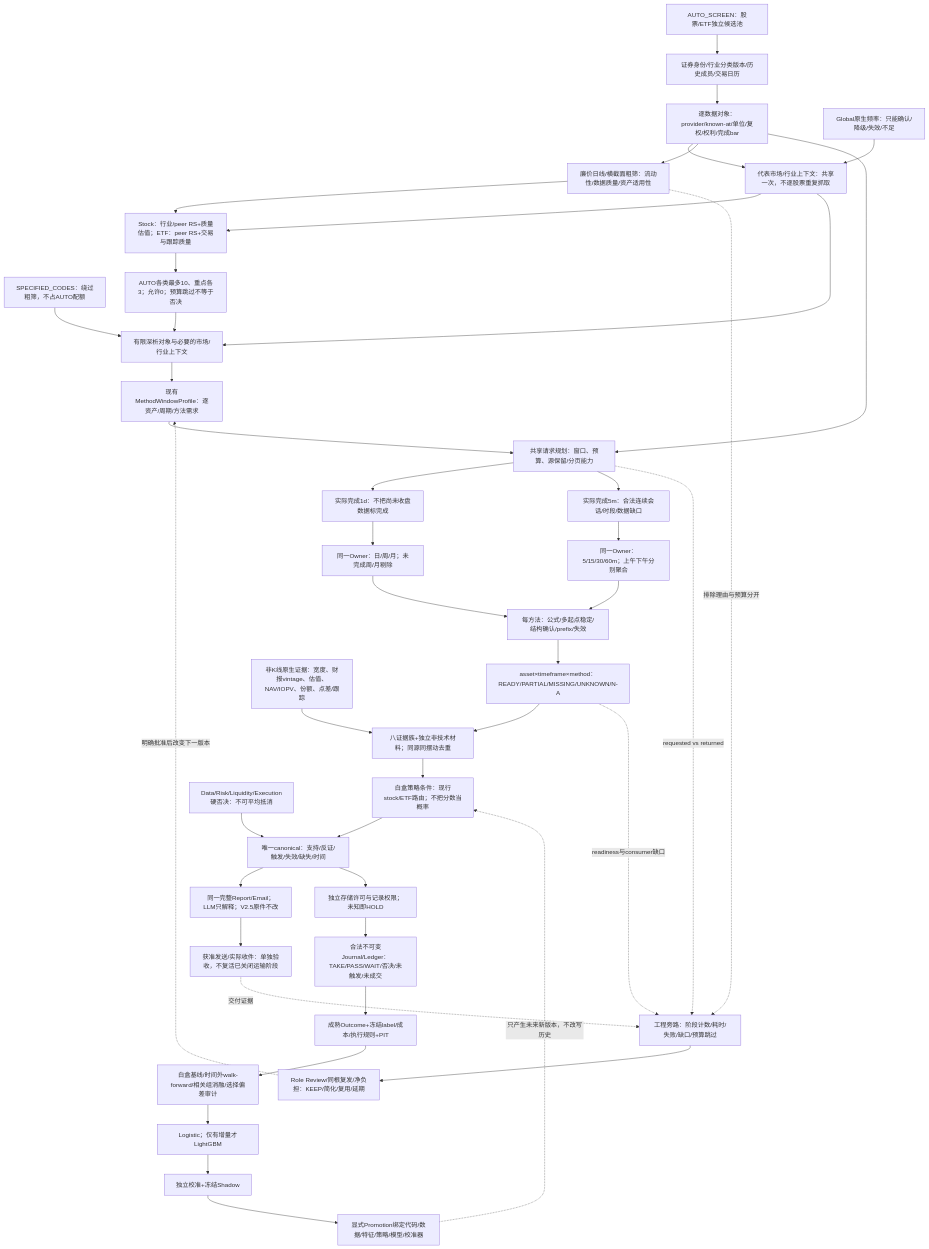
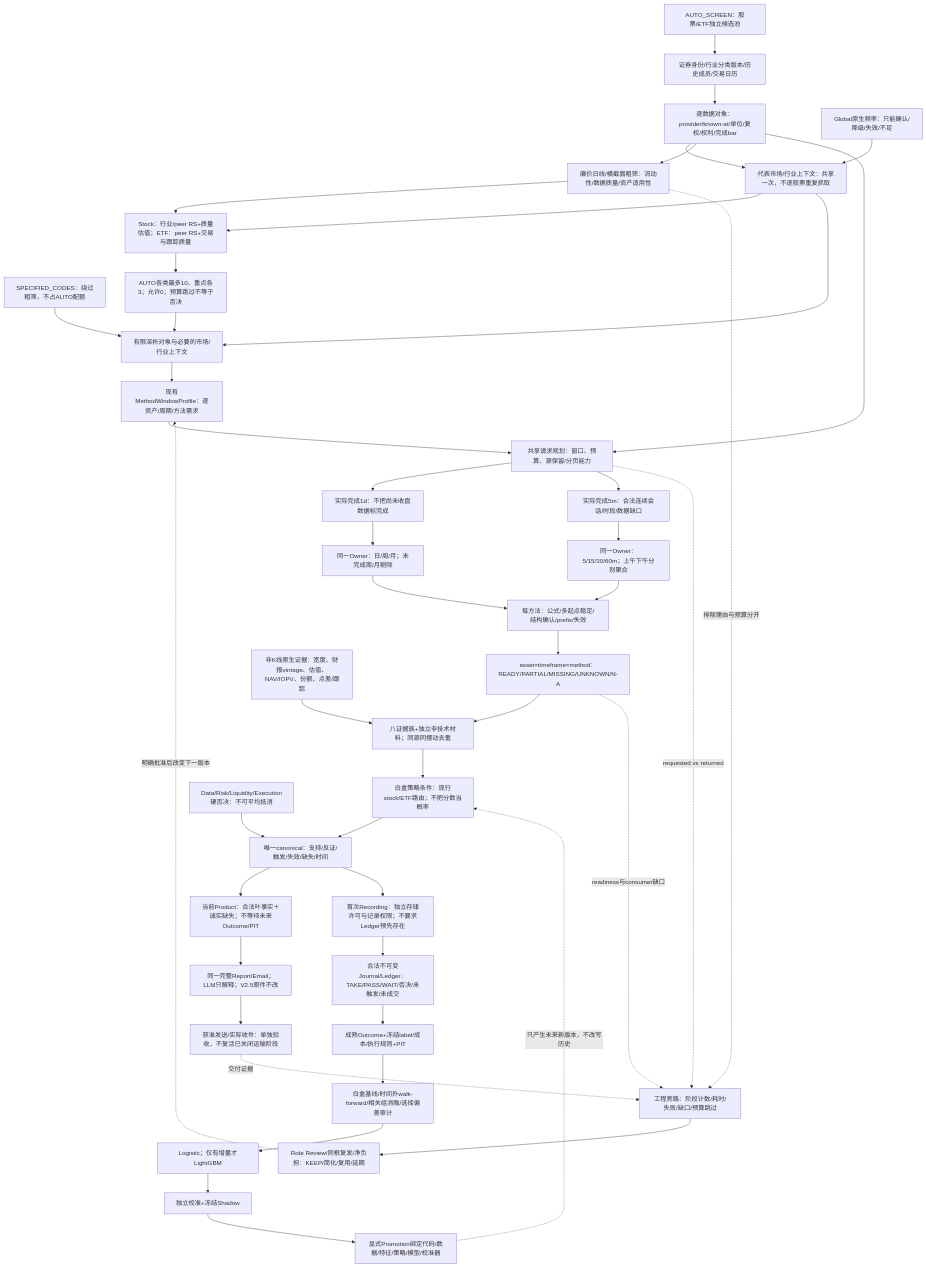
Before and after one commit to leeningzzu/dsa-market-research: the diagram in docs/stock-dsa-roadmap.md, drawn with Mermaid. The commit also changed other lines of this file and 9 other files, not shown here.

Commit message:
fix: separate current product from future records

````diff
--- a/docs/stock-dsa-roadmap.md
+++ b/docs/stock-dsa-roadmap.md
@@ -38,45 +39,46 @@
 ```mermaid
 flowchart TD
   ENTRY_AUTO["AUTO_SCREEN：股票/ETF独立候选池"] --> REF["证券身份/行业分类版本/历史成员/交易日历"]
   ENTRY_CODES["SPECIFIED_CODES：绕过粗筛，不占AUTO配额"] --> SELECTED["有限深析对象与必要的市场/行业上下文"]
   REF --> ADMISSION["逐数据对象：provider/known-at/单位/复权/权利/完成bar"]
   ADMISSION --> SHARED["代表市场/行业上下文：共享一次，不逐股票重复抓取"]
   ADMISSION --> COARSE["廉价日线/横截面粗筛：流动性/数据质量/资产适用性"]
   GLOBAL["Global原生频率：只能确认/降级/失效/不足"] --> SHARED
   SHARED --> FINE["Stock：行业/peer RS+质量估值；ETF：peer RS+交易与跟踪质量"]
   COARSE --> FINE
   FINE --> CAP["AUTO各类最多10、重点各3；允许0；预算跳过不等于否决"]
   CAP --> SELECTED
   SHARED --> SELECTED
   SELECTED --> DEMAND["现有MethodWindowProfile：逐资产/周期/方法需求"]
   DEMAND --> PLAN["共享请求规划：窗口、预算、源保留/分页能力"]
   ADMISSION --> PLAN
   PLAN --> BASE_D["实际完成1d：不把尚未收盘数据标完成"]
   PLAN --> BASE_5["实际完成5m：合法连续会话/时段/数据缺口"]
   BASE_D --> DWM["同一Owner：日/周/月；未完成周/月剔除"]
   BASE_5 --> MINUTE["同一Owner：5/15/30/60m；上午下午分别聚合"]
   DWM --> METHODS["每方法：公式/多起点稳定/结构确认/prefix/失效"]
   MINUTE --> METHODS
   METHODS --> MATRIX["asset×timeframe×method：READY/PARTIAL/MISSING/UNKNOWN/N-A"]
   EXTRA["非K线原生证据：宽度、财报vintage、估值、NAV/IOPV、份额、点差/跟踪"] --> EIGHT["八证据族+独立非技术材料；同源同摆动去重"]
   MATRIX --> EIGHT
   EIGHT --> STRATEGY["白盒策略条件：现行stock/ETF路由；不把分数当概率"]
   VETO["Data/Risk/Liquidity/Execution硬否决：不可平均抵消"] --> CANONICAL["唯一canonical：支持/反证/触发/失效/缺失/时间"]
   STRATEGY --> CANONICAL
-  CANONICAL --> REPORT["同一完整Report/Email；LLM只解释；V2.5原件不改"]
+  CANONICAL --> CURRENT_PRODUCT["当前Product：合法叶事实＋诚实缺失；不等待未来Outcome/PIT"]
+  CURRENT_PRODUCT --> REPORT["同一完整Report/Email；LLM只解释；V2.5原件不改"]
   REPORT --> DELIVERY["获准发送/实际收件：单独验收，不复活已关闭运输阶段"]
-  CANONICAL --> RECORD_GATE["独立存储许可与记录权限；未知即HOLD"]
+  CANONICAL --> RECORD_GATE["首次Recording：独立存储许可与记录权限；不要求Ledger预先存在"]
   RECORD_GATE --> LEDGER["合法不可变Journal/Ledger：TAKE/PASS/WAIT/否决/未触发/未成交"]
   LEDGER --> OUTCOME["成熟Outcome+冻结label/成本/执行规则+PIT"]
   OUTCOME --> OOT["白盒基线/时间外walk-forward/相关组消融/选择偏差审计"]
   OOT --> LOGISTIC["Logistic；仅有增量才LightGBM"]
   LOGISTIC --> CALIB["独立校准+冻结Shadow"]
   CALIB --> PROMOTE["显式Promotion绑定代码/数据/特征/策略/模型/校准器"]
   PROMOTE -. "只产生未来新版本，不改写历史" .-> STRATEGY
   PLAN -. "requested vs returned" .-> OPS["工程旁路：阶段计数/耗时/失败/缺口/预算跳过"]
   MATRIX -. "readiness与consumer缺口" .-> OPS
   COARSE -. "排除理由与预算分开" .-> OPS
   DELIVERY -. "交付证据" .-> OPS
   OPS --> REVIEW["Role Review/同根复发/净负担：KEEP/简化/复用/延期"]
   REVIEW -. "明确批准后改变下一版本" .-> DEMAND
 ```
````
